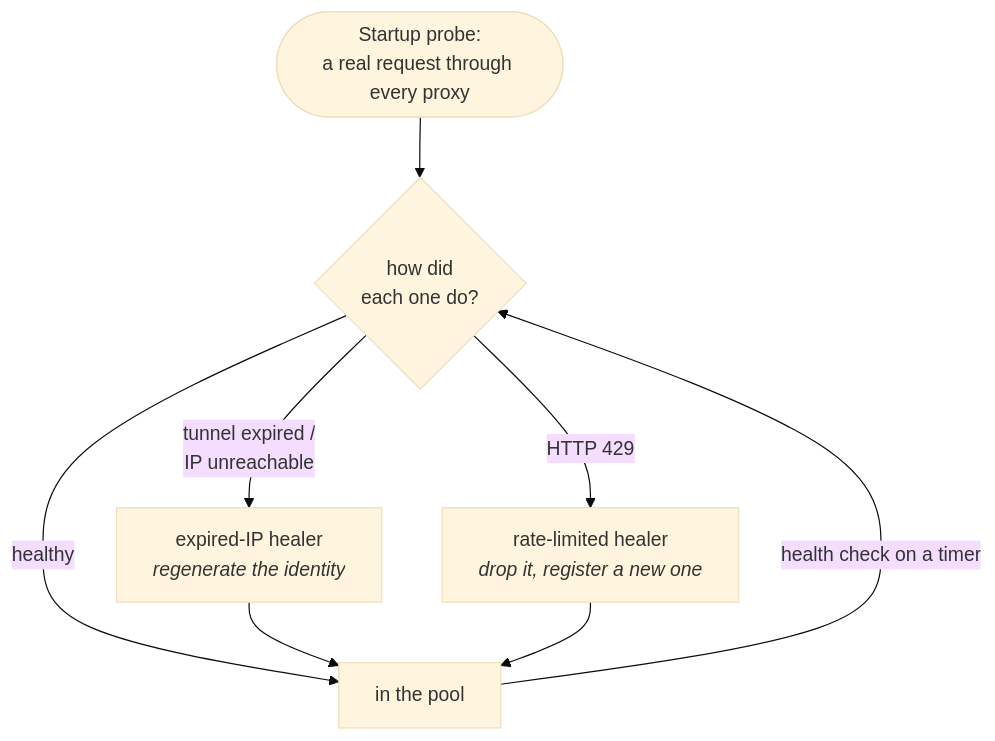
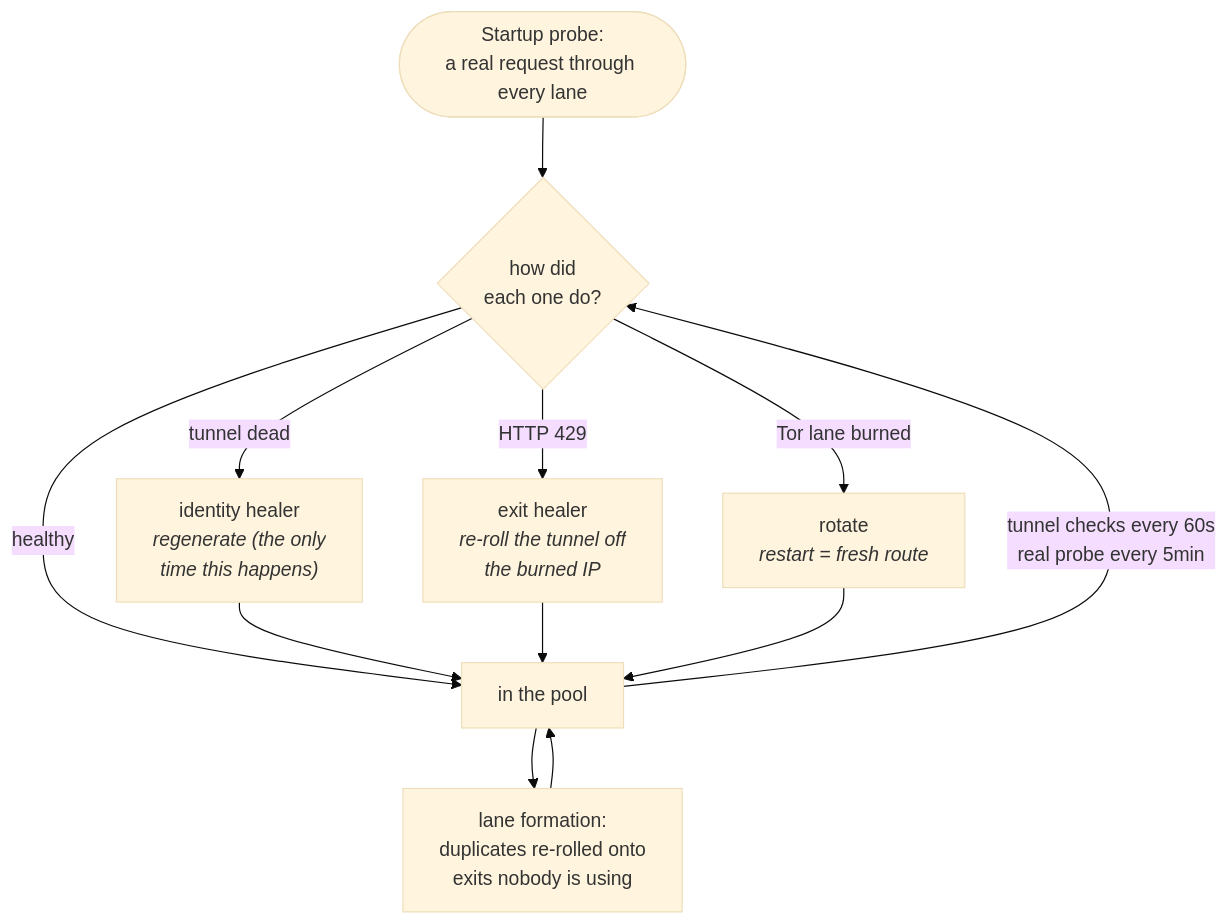
Diagram 14 of 16 in README.md (huranth/lingling), drawn with Mermaid (base theme) before and after one commit. The commit also changed other lines of this file and 2 other files, not shown here.

````diff
--- a/README.md
+++ b/README.md
@@ -407,10 +427,14 @@
 ```mermaid
 flowchart TD
-    BOOT(["Startup probe:<br/>a real request through every proxy"]) --> J{"how did<br/>each one do?"}
+    BOOT(["Startup probe:<br/>a real request through every lane"]) --> J{"how did<br/>each one do?"}
     J -->|"healthy"| POOL["in the pool"]
-    J -->|"tunnel expired /<br/>IP unreachable"| H1["expired-IP healer<br/><i>regenerate the identity</i>"]
-    J -->|"HTTP 429"| H2["rate-limited healer<br/><i>drop it, register a new one</i>"]
+    J -->|"tunnel dead"| H1["identity healer<br/><i>regenerate (the only<br/>time this happens)</i>"]
+    J -->|"HTTP 429"| H2["exit healer<br/><i>re-roll the tunnel off<br/>the burned IP</i>"]
+    J -->|"Tor lane burned"| H3["rotate<br/><i>restart = fresh route</i>"]
     H1 --> POOL
     H2 --> POOL
-    POOL -->|"health check on a timer"| J
+    H3 --> POOL
+    POOL -->|"tunnel checks every 60s<br/>real probe every 5min"| J
+    POOL --> FORM["lane formation:<br/>duplicates re-rolled onto<br/>exits nobody is using"]
+    FORM --> POOL
 ```
````
